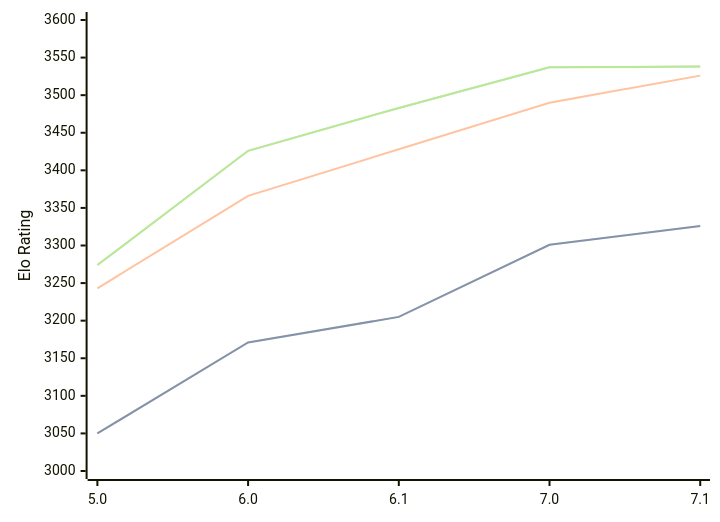
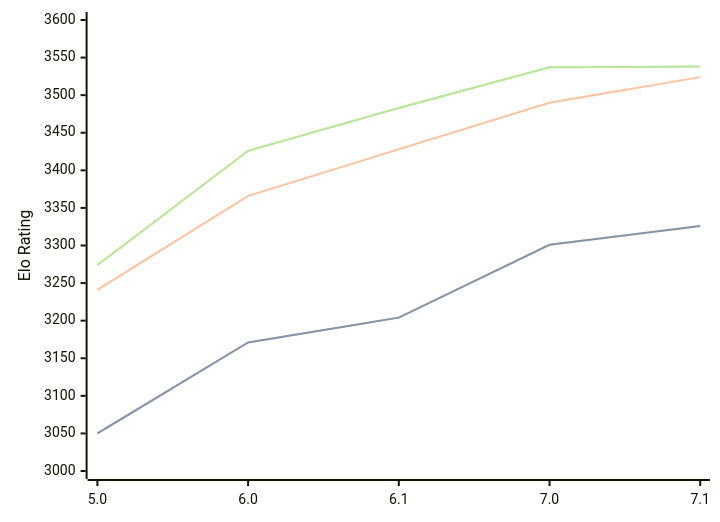
Before and after one commit to computer-chess-index/cci: the diagram in engines/PZChessBot.md, drawn with Mermaid. The commit also changed other lines of this file, not shown here.

````diff
--- a/engines/PZChessBot.md
+++ b/engines/PZChessBot.md
@@ -35,11 +35,11 @@
 ```mermaid
 %%{init: {"theme":"base","themeVariables":{"seriesColors:['#a3a3a3','#222221','#faa371']}}}%%
 xychart-beta
   x-axis ["5.0", "6.0", "6.1", "7.0", "7.1"]
   y-axis "Elo Rating" 3000 --> 3600
-  line "" [3050, 3171, 3205, 3301, 3326]
-  line "STC (8.0+0.08s)" [3050, 3171, 3205, 3301, 3326]
-  line "LTC (60.0+0.60s)" [3243, 3366, 3428, 3490, 3526]
+  line "" [3050, 3171, 3204, 3301, 3326]
+  line "STC (8.0+0.08s)" [3050, 3171, 3204, 3301, 3326]
+  line "LTC (60.0+0.60s)" [3241, 3366, 3428, 3490, 3524]
   line "" [3274, 3426, 3483, 3537, 3538]
   line "VLTC (2m24s+1.12s)" [3274, 3426, 3483, 3537, 3538]
 ```
````
